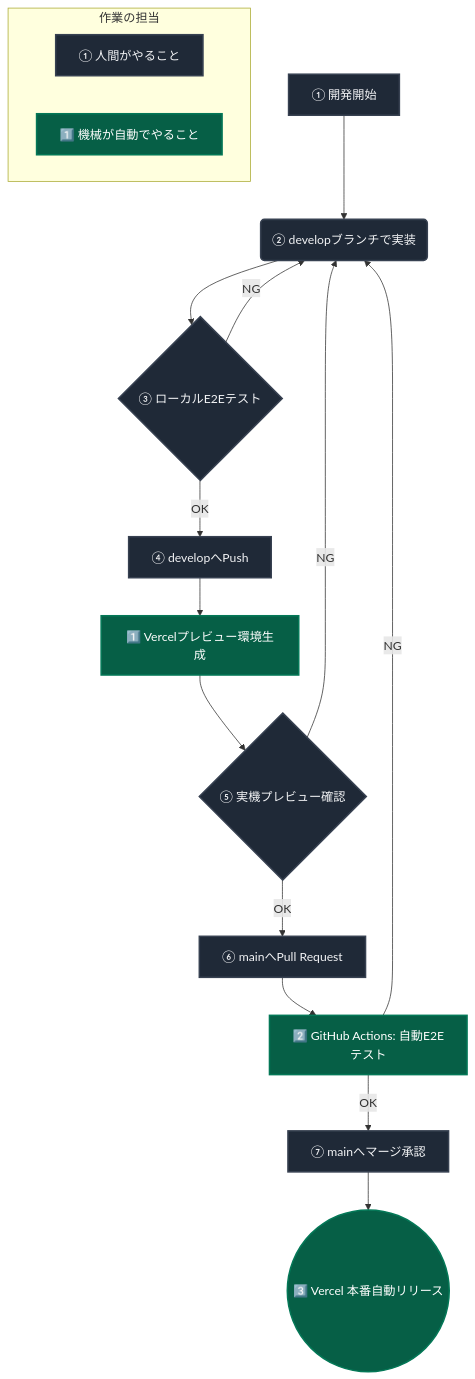
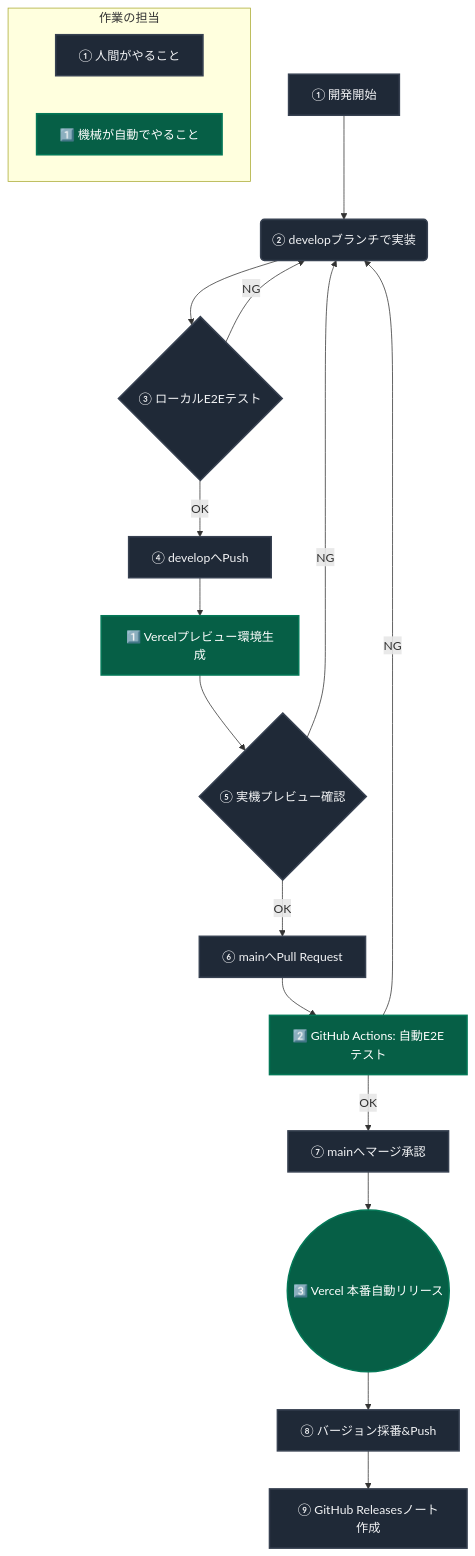
The diagram in docs/005_WORKFLOW.md (ore-no-fusen/qr-designer), drawn with Mermaid before and after one commit.

Commit message:
docs: add versioning and release notes to workflow flowchart

````diff
--- a/docs/005_WORKFLOW.md
+++ b/docs/005_WORKFLOW.md
@@ -39,28 +39,30 @@
 ```mermaid
 graph TD
     %% 凡例
     subgraph Legend [作業の担当]
         L1[① 人間がやること]
         L2[1️⃣ 機械が自動でやること]
     end
 
     A[① 開発開始] --> B(② developブランチで実装)
     B --> C{③ ローカルE2Eテスト}
     C -->|NG| B
     C -->|OK| D[④ developへPush]
     D --> E[1️⃣ Vercelプレビュー環境生成]
     E --> F{⑤ 実機プレビュー確認}
     F -->|NG| B
     F -->|OK| G[⑥ mainへPull Request]
     G --> H[2️⃣ GitHub Actions: 自動E2Eテスト]
     H -->|NG| B
     H -->|OK| I[⑦ mainへマージ承認]
     I --> J((3️⃣ Vercel 本番自動リリース))
+    J --> K[⑧ バージョン採番&Push]
+    K --> L[⑨ GitHub Releasesノート作成]
     
     classDef human fill:#1f2937,stroke:#374151,stroke-width:2px,color:#f3f4f6;
     classDef auto fill:#065f46,stroke:#047857,stroke-width:2px,color:#ffffff;
     classDef fail fill:#be123c,stroke:#9f1239,stroke-width:2px,color:#ffffff;
     
-    class A,B,C,D,F,G,I,L1 human;
+    class A,B,C,D,F,G,I,K,L,L1 human;
     class E,H,J,L2 auto;
 ```
````
